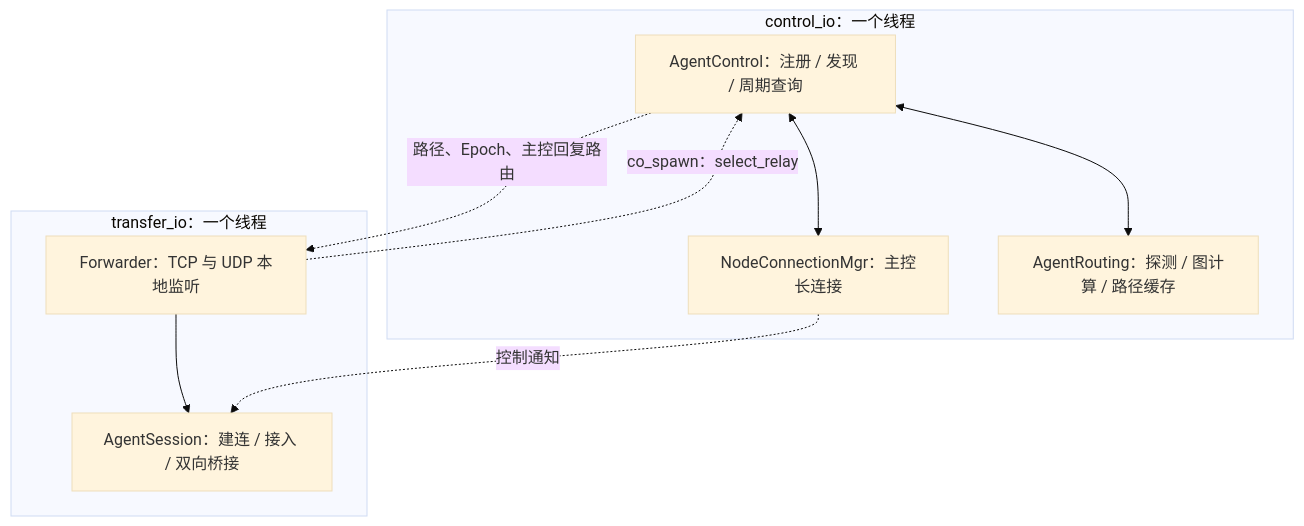
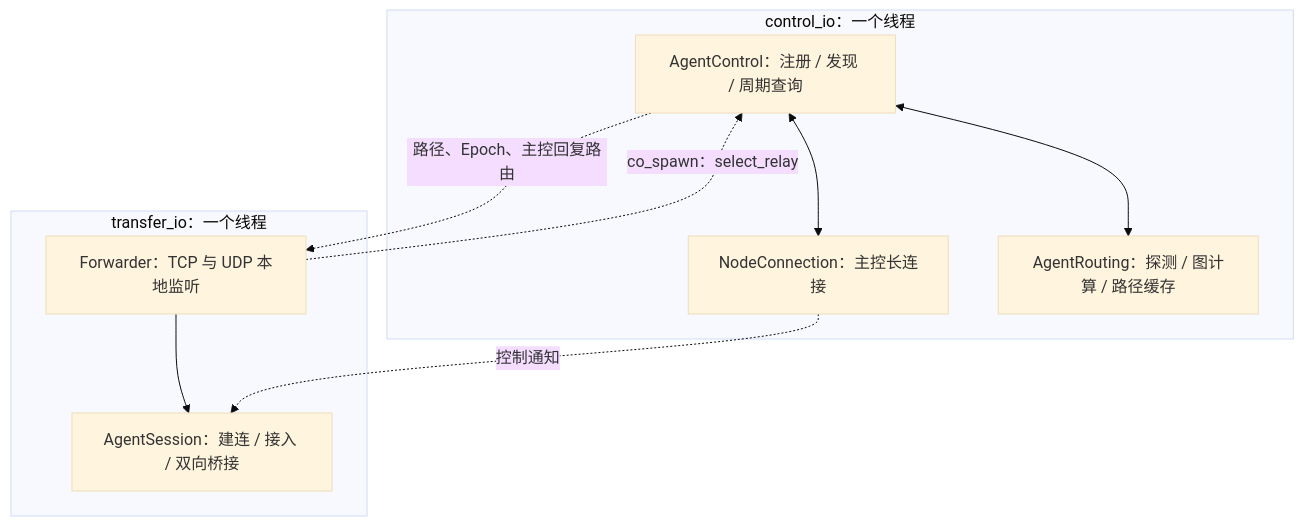
The fourth of 19 diagrams in docs/RelayWeave设计.md (Xtinc/relayweave), drawn with Mermaid (base theme) before and after one commit. The commit also changed other lines of this file and 32 other files, not shown here.

````diff
--- a/docs/RelayWeave设计.md
+++ b/docs/RelayWeave设计.md
@@ -209,18 +211,18 @@
 ```mermaid
 flowchart TB
     subgraph ctl["control_io：一个线程"]
-        Connection["NodeConnectionMgr：主控长连接"]
+        Connection["NodeConnection：主控长连接"]
         Control["AgentControl：注册 / 发现 / 周期查询"]
         Routing["AgentRouting：探测 / 图计算 / 路径缓存"]
         Control <--> Connection
         Control <--> Routing
     end
     subgraph xfr["transfer_io：一个线程"]
         Forward["Forwarder：TCP 与 UDP 本地监听"]
         Session["AgentSession：建连 / 接入 / 双向桥接"]
         Forward --> Session
     end
     Forward -.->|"co_spawn：select_relay"| Control
     Control -.->|"路径、Epoch、主控回复路由"| Forward
     Connection -.->|"控制通知"| Session
 ```
````
